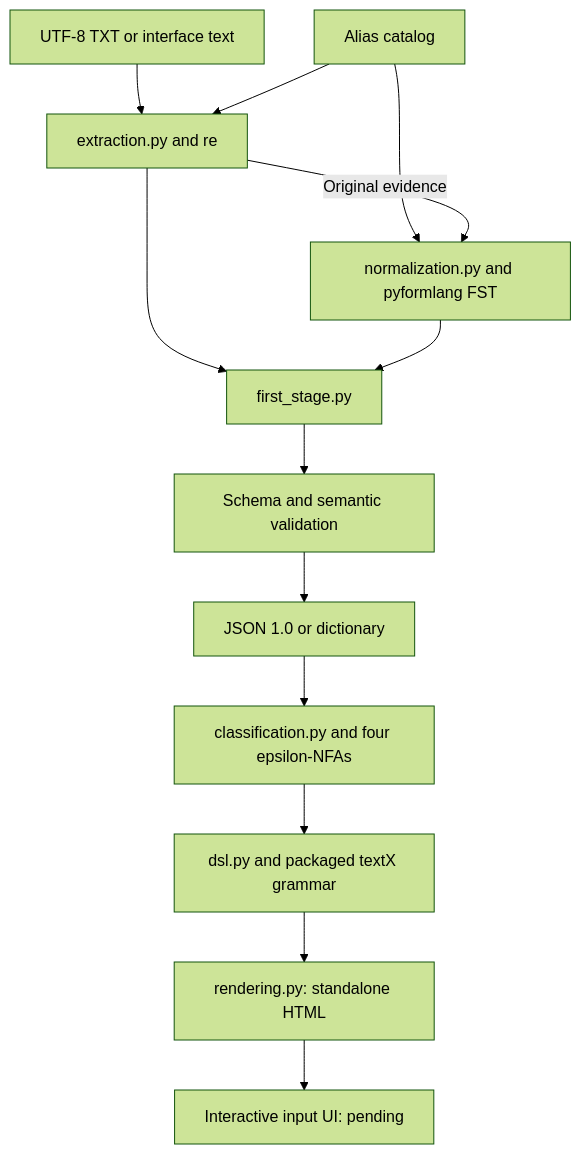
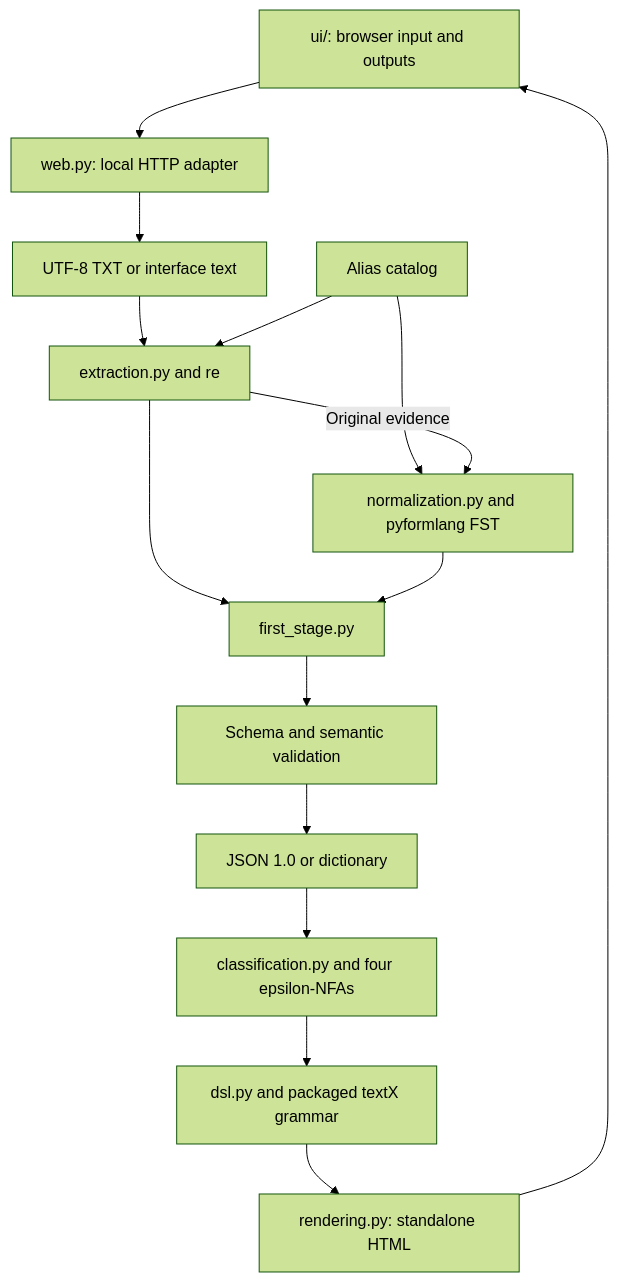
The diagram in docs/module-design.md (ValentinaM31/IntegrativeTask1_ResumeLens), drawn with Mermaid (forest theme) before and after one commit. The commit also changed other lines of this file and 20 other files, not shown here.

Commit message:
Add local web UI with resume input and validated downloads

````diff
--- a/docs/module-design.md
+++ b/docs/module-design.md
@@ -5,15 +5,17 @@
 ```mermaid
 flowchart TD
-    T[UTF-8 TXT or interface text] --> E[extraction.py and re]
+    U[ui/: browser input and outputs] --> W[web.py: local HTTP adapter]
+    W --> T[UTF-8 TXT or interface text]
+    T --> E[extraction.py and re]
     C[Alias catalog] --> E
     C --> F[normalization.py and pyformlang FST]
     E -->|Original evidence| F
     E --> P[first_stage.py]
     F --> P
     P --> V[Schema and semantic validation]
     V --> J[JSON 1.0 or dictionary]
     J --> A[classification.py and four epsilon-NFAs]
     A --> D[dsl.py and packaged textX grammar]
     D --> H[rendering.py: standalone HTML]
-    H --> U[Interactive input UI: pending]
+    H --> U
 ```
````
